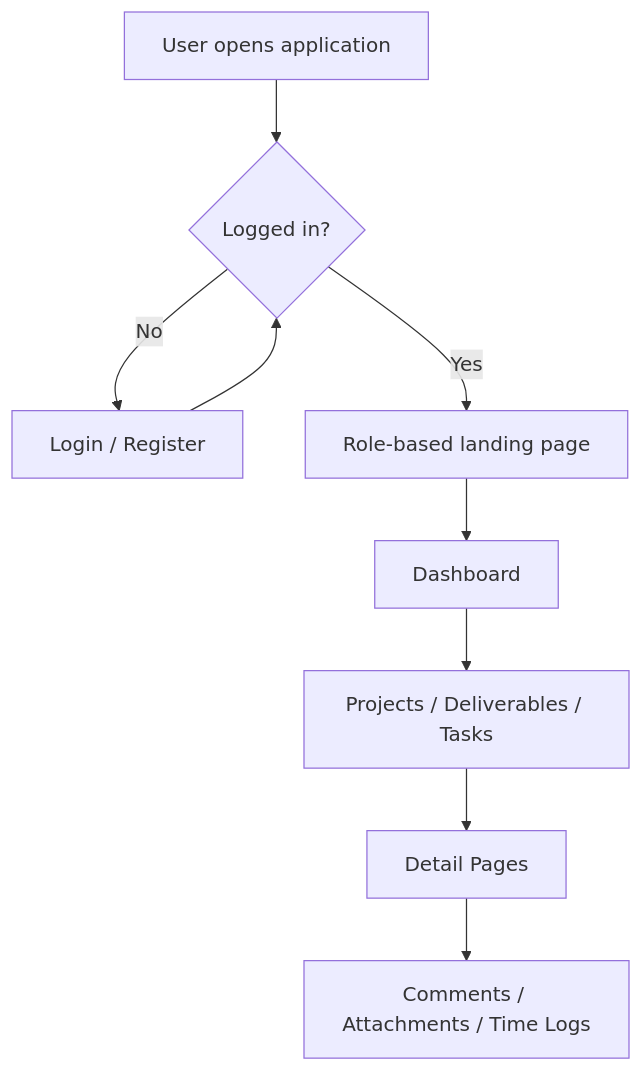
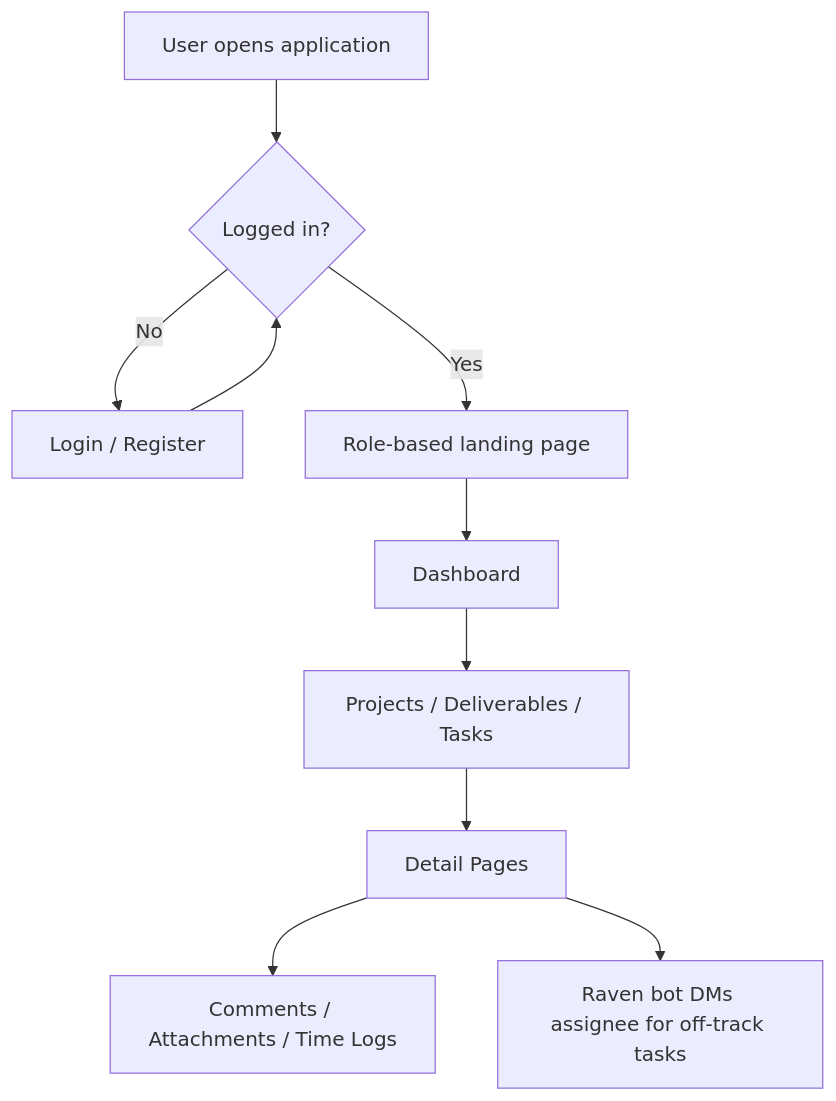
The first of 10 diagrams in frontend/README.md (parasgogia-del/project_management), drawn with Mermaid before and after one commit. The commit also changed other lines of this file, not shown here.

````diff
--- a/frontend/README.md
+++ b/frontend/README.md
@@ -133,11 +133,12 @@
 ```mermaid
 flowchart TD
     A[User opens application] --> B{Logged in?}
     B -->|No| C[Login / Register]
     C --> B
     B -->|Yes| D[Role-based landing page]
     D --> E[Dashboard]
     E --> F[Projects / Deliverables / Tasks]
     F --> G[Detail Pages]
     G --> H[Comments / Attachments / Time Logs]
+    G --> I[Raven bot DMs assignee for off-track tasks]
 ```
````
